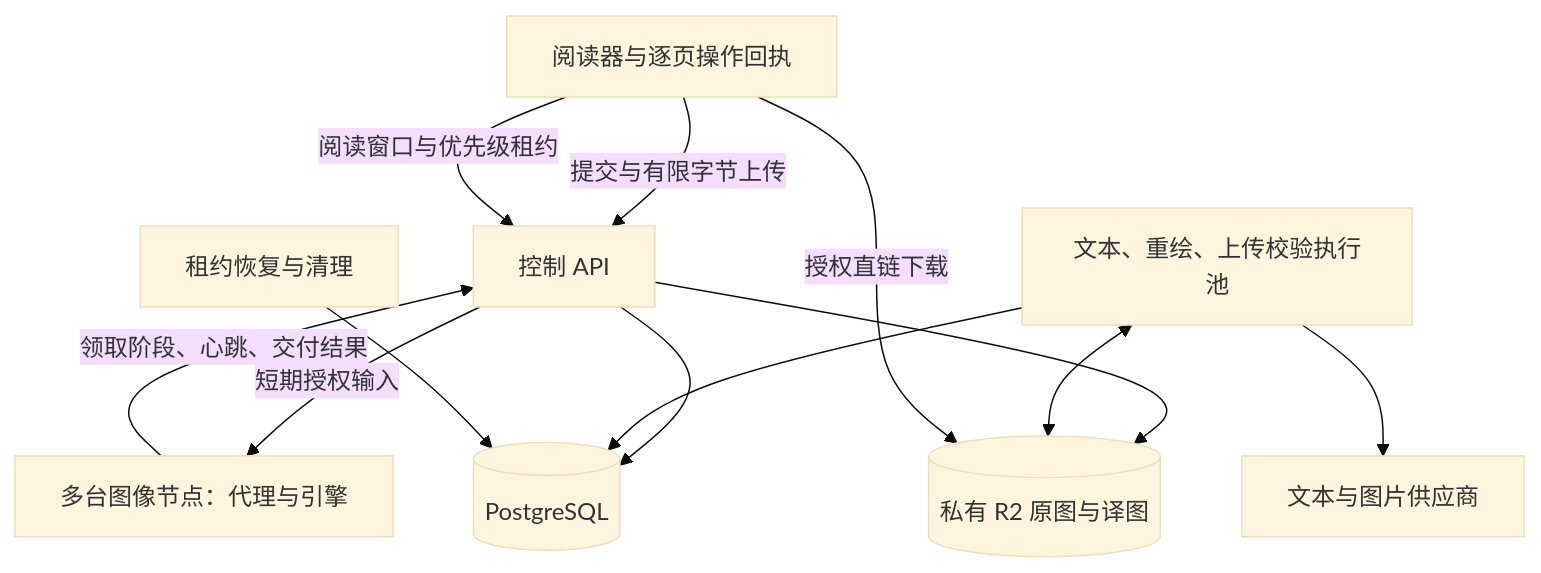
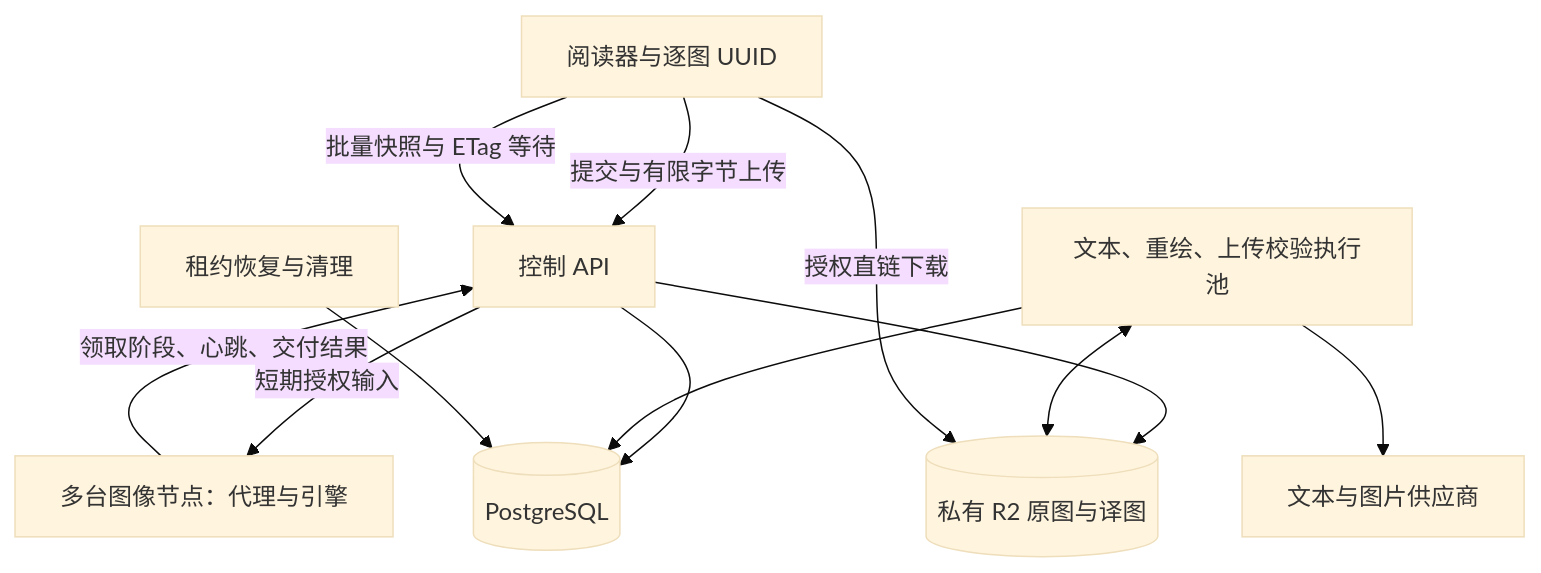
One commit to Wy2926/node-comics changed the first of 2 diagrams in docs/TRANSLATION_CLUSTER_DESIGN.md. Above: the diagram before and after it, drawn with Mermaid (base theme). The commit also changed other lines of this file and 155 other files, not shown here.

````diff
--- a/docs/TRANSLATION_CLUSTER_DESIGN.md
+++ b/docs/TRANSLATION_CLUSTER_DESIGN.md
@@ -25,14 +25,14 @@
 ```mermaid
 flowchart TB
-  Reader[阅读器与逐页操作回执] -->|提交与有限字节上传| API[控制 API]
-  Reader -->|阅读窗口与优先级租约| API
+  Reader[阅读器与逐图 UUID] -->|提交与有限字节上传| API[控制 API]
+  Reader -->|批量快照与 ETag 等待| API
   API --> DB[(PostgreSQL)]
   API --> R2[(私有 R2 原图与译图)]
   Nodes[多台图像节点：代理与引擎] -->|领取阶段、心跳、交付结果| API
   API -->|短期授权输入| Nodes
   Control[文本、重绘、上传校验执行池] --> DB
   Control <--> R2
   Control --> Providers[文本与图片供应商]
   Reader -->|授权直链下载| R2
   Maintenance[租约恢复与清理] --> DB
 ```
````
